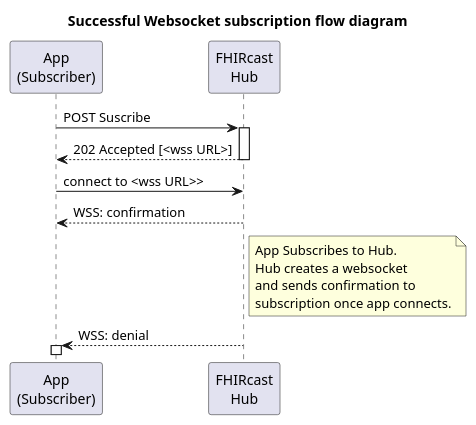
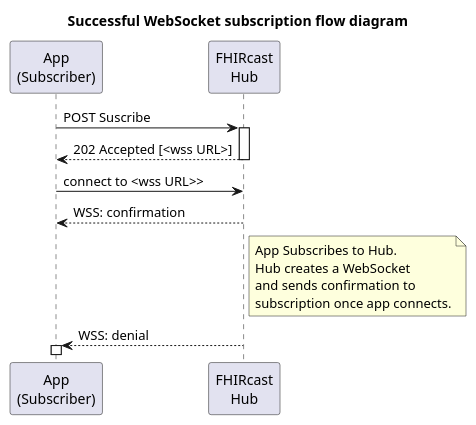
The diagram in input/images-source/SuccessfulWebSocketSubscriptionSequence.plantuml (HL7/fhircast-docs), drawn with PlantUML before and after one commit.

Commit message:
correct websocket capitalization

```diff
--- a/input/images-source/SuccessfulWebSocketSubscriptionSequence.plantuml
+++ b/input/images-source/SuccessfulWebSocketSubscriptionSequence.plantuml
@@ -1,22 +1,22 @@
 @startuml
 
-title Successful Websocket subscription flow diagram
+title Successful WebSocket subscription flow diagram
 
 participant "App\n(Subscriber)" as Subscriber
 participant "FHIRcast\nHub" as Hub
 
 Subscriber -> Hub++: POST Suscribe
 Subscriber <-- Hub--: 202 Accepted [<wss URL>]
 Subscriber -> Hub: connect to <wss URL>>
 Subscriber <-- Hub: WSS: confirmation
 
 note right of Hub
     App Subscribes to Hub. 
-    Hub creates a websocket
+    Hub creates a WebSocket
     and sends confirmation to 
     subscription once app connects.
 end note
 
 Hub --> Subscriber++: WSS: denial
 
 @enduml
```
